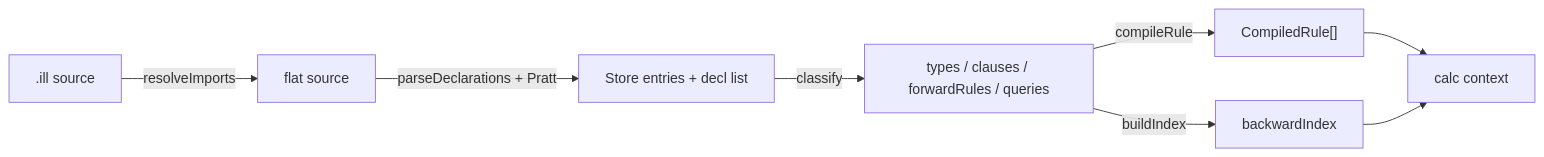
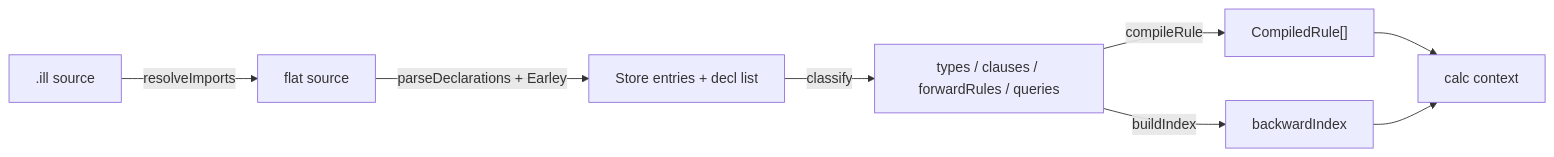
Before and after one commit to mhhf/calc: the diagram in doc/documentation/loader-and-precompile.md, drawn with Mermaid. The commit also changed other lines of this file and 2 other files, not shown here.

First line of the commit message:
cleanup: remove dead extractLazy code, fix remaining Pratt references

````diff
--- a/doc/documentation/loader-and-precompile.md
+++ b/doc/documentation/loader-and-precompile.md
@@ -40,10 +40,10 @@
 ```mermaid
 graph LR
   A[".ill source"] -->|resolveImports| B["flat source"]
-  B -->|parseDeclarations + Pratt| C["Store entries + decl list"]
+  B -->|parseDeclarations + Earley| C["Store entries + decl list"]
   C -->|classify| D["types / clauses / forwardRules / queries"]
   D -->|compileRule| E["CompiledRule[]"]
   D -->|buildIndex| F["backwardIndex"]
   E --> G["calc context"]
   F --> G
 ```
````
